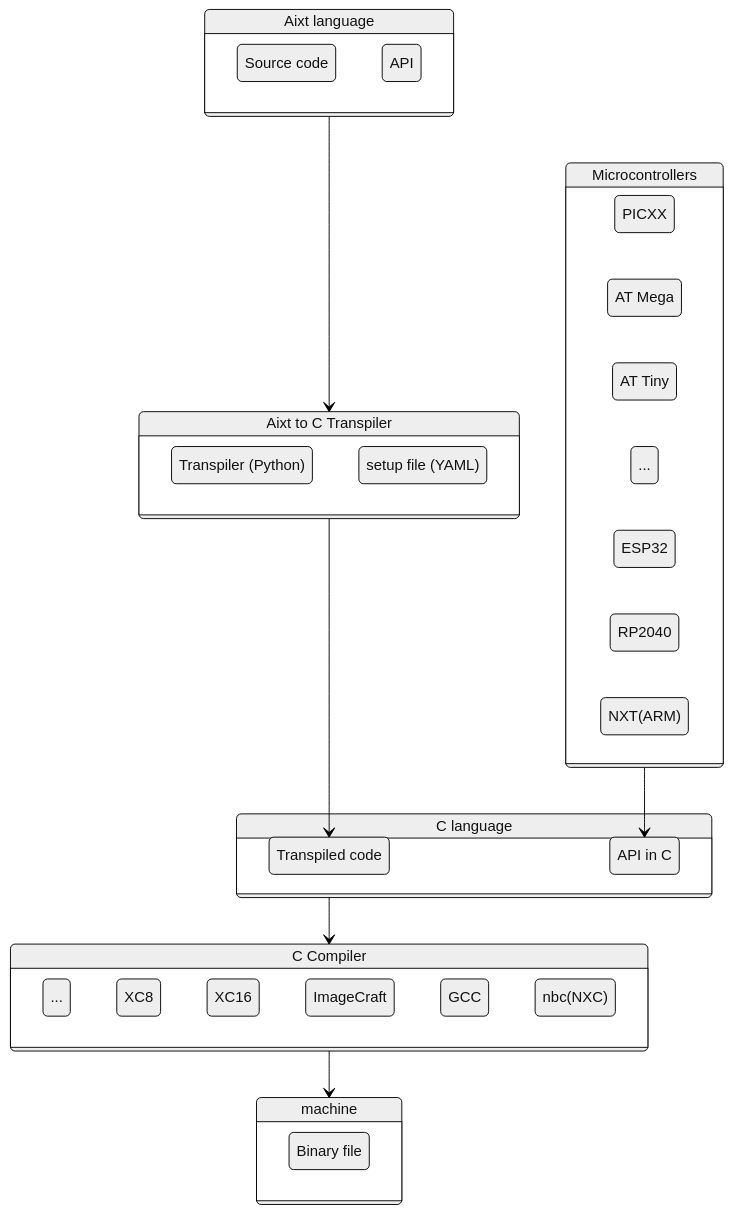
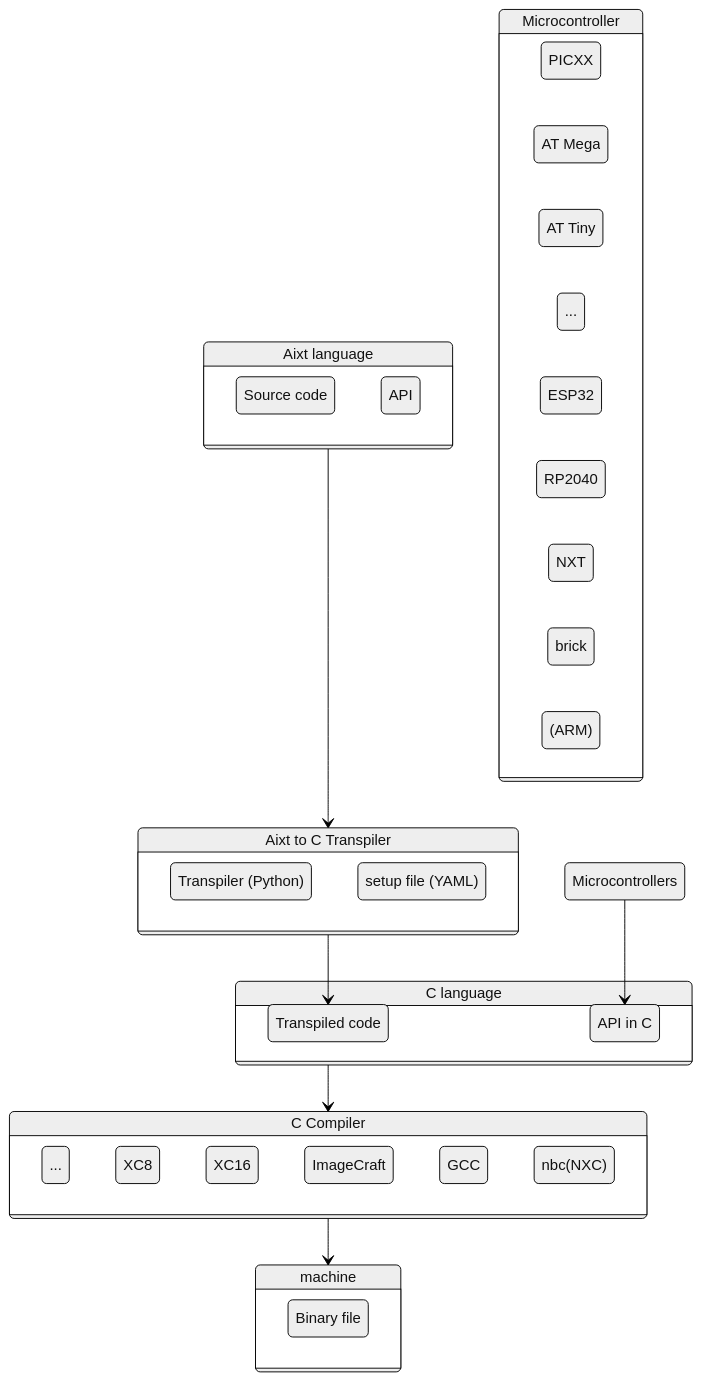
One commit to fermarsan/aixt changed the diagram in README.md. Above: the diagram before and after it, drawn with Mermaid (neutral theme).

Commit message:
Diagram update

````diff
--- a/README.md
+++ b/README.md
@@ -9,57 +9,57 @@
 ```mermaid
 stateDiagram-v2
 
     Aixt: Aixt language
     state Aixt {
         source: Source code
         API
     }
 
     Aixt2C: Aixt to C Transpiler
     state Aixt2C {
         Transpiler: Transpiler (Python)
         setup: setup file (YAML)
     }
 
     C: C language
     state C {
         Tr_Code: Transpiled code
         API_C: API in C
     }
 
-    state Microcontrollers {
+    state Microcontroller {
         direction RL
         PICs: PICXX
         ATM: AT Mega
         ATT: AT Tiny
         others2: ...
         ESP32
         RP2040
-        NXT(ARM) 
+        NXT brick (ARM) 
     }
 
     C_Compiler: C Compiler
     state C_Compiler {
         others: ...
         XC8  
         XC16 
         ImageCraft
         GCC  
         others 
         nbc(NXC) 
     }
     
     machine
     state machine {
         BF: Binary file
     }
     
     Aixt     --> Aixt2C 
     Aixt2C  --> Tr_Code
 
     C     --> C_Compiler
 
     C_Compiler  --> machine
 
     Microcontrollers --> API_C
 ```
````
